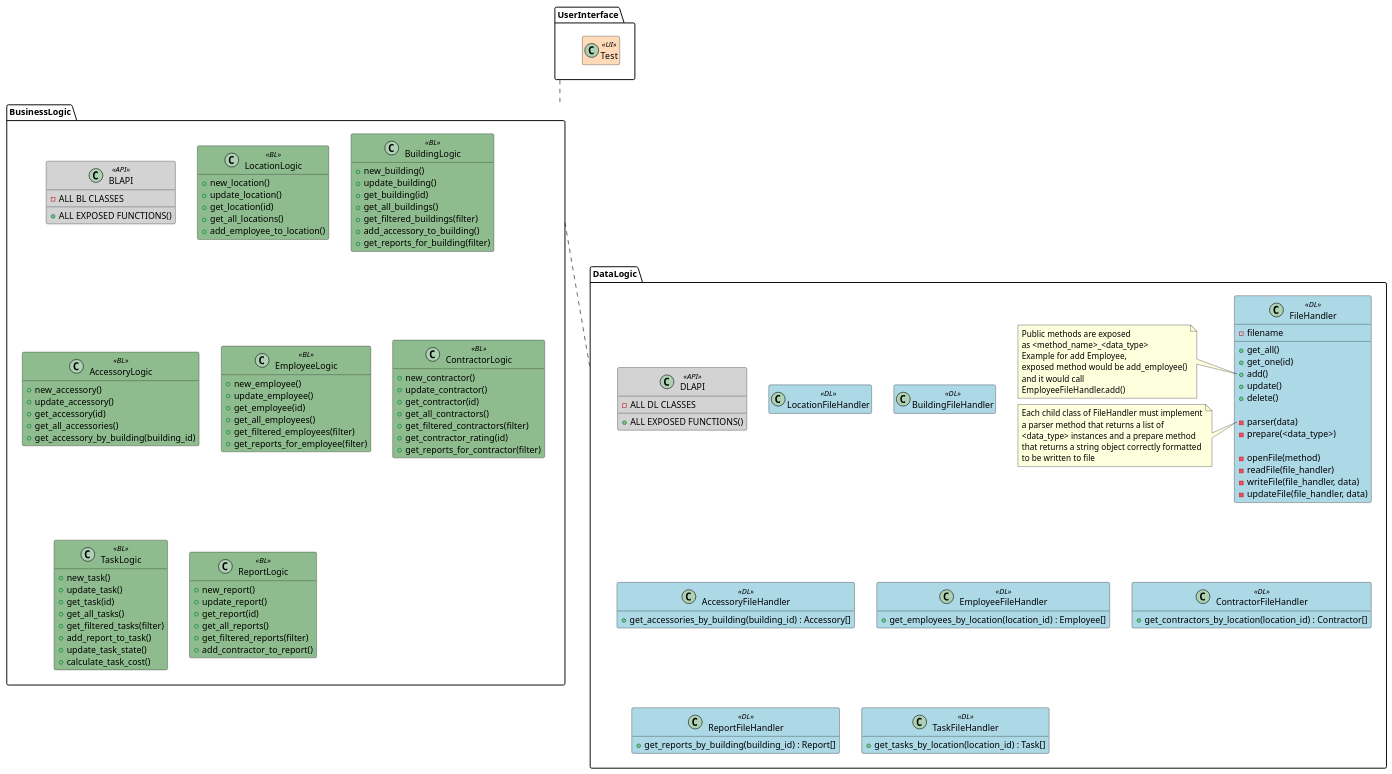
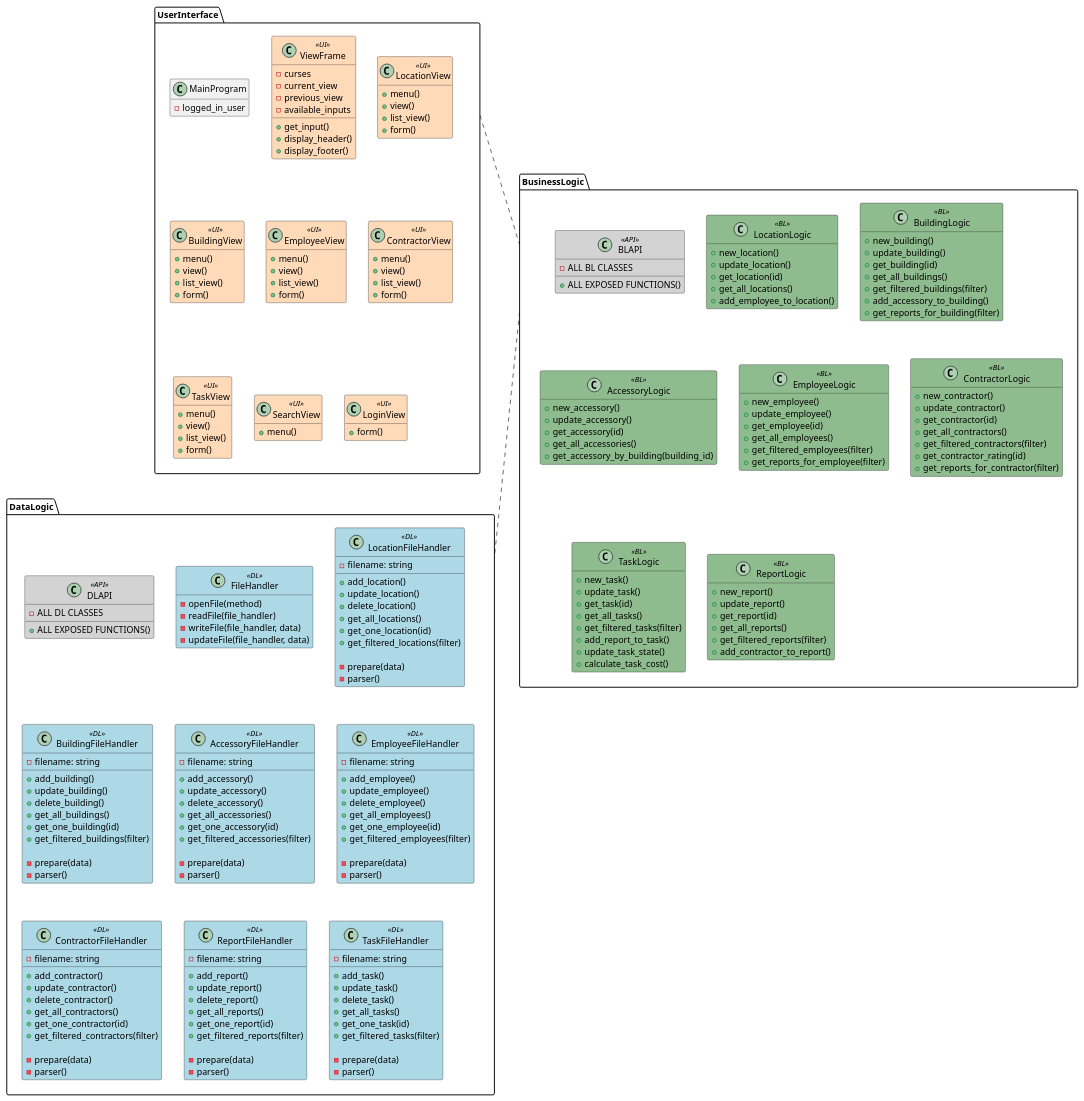
Before and after one commit to finnure/Verklegt1-H1-2021: the diagram in docs/uml/3-tier_class.puml, drawn with PlantUML.

Commit message:
Laga data classes og bæta við ui classes

```diff
--- a/docs/uml/3-tier_class.puml
+++ b/docs/uml/3-tier_class.puml
@@ -9,7 +9,55 @@
 }
 
 package UserInterface {
-  Class Test <<UI>>
+  Class MainProgram {
+    - logged_in_user
+  }
+  Class ViewFrame <<UI>> {
+    - curses
+    - current_view
+    - previous_view
+    - available_inputs
+
+    + get_input()
+    + display_header()
+    + display_footer()
+  }
+  Class LocationView <<UI>> {
+    + menu()
+    + view()
+    + list_view()
+    + form()
+  }
+  Class BuildingView <<UI>> {
+    + menu()
+    + view()
+    + list_view()
+    + form()
+  }
+  Class EmployeeView <<UI>> {
+    + menu()
+    + view()
+    + list_view()
+    + form()
+  }
+  Class ContractorView <<UI>> {
+    + menu()
+    + view()
+    + list_view()
+    + form()
+  }
+  Class TaskView <<UI>> {
+    + menu()
+    + view()
+    + list_view()
+    + form()
+  }
+  Class SearchView <<UI>> {
+    + menu()
+  }
+  Class LoginView <<UI>> {
+    + form()
+  }
 }
 UserInterface .. BusinessLogic
 BusinessLogic .. DataLogic
@@ -84,55 +132,101 @@
     + ALL EXPOSED FUNCTIONS()
   }
   class FileHandler <<DL>> {
-    - filename
-
-    + get_all()
-    + get_one(id)
-    + add()
-    + update()
-    + delete()
-
-    - parser(data)
-    - prepare(<data_type>)
-
     - openFile(method)
     - readFile(file_handler)
     - writeFile(file_handler, data)
     - updateFile(file_handler, data)
   }
-  note left of FileHandler::add
-    Public methods are exposed
-    as <method_name>_<data_type>
-    Example for add Employee,
-    exposed method would be add_employee()
-    and it would call
-    EmployeeFileHandler.add()
-  end note
-  note left of FileHandler::parser
-    Each child class of FileHandler must implement
-    a parser method that returns a list of
-    <data_type> instances and a prepare method
-    that returns a string object correctly formatted
-    to be written to file
-  end note
   Class LocationFileHandler <<DL>> {
+    - filename: string
+
+    + add_location()
+    + update_location()
+    + delete_location()
+    + get_all_locations()
+    + get_one_location(id)
+    + get_filtered_locations(filter)
+
+    - prepare(data)
+    - parser()
   }
   Class BuildingFileHandler <<DL>> {
+    - filename: string
+    
+    + add_building()
+    + update_building()
+    + delete_building()
+    + get_all_buildings()
+    + get_one_building(id)
+    + get_filtered_buildings(filter)
+
+    - prepare(data)
+    - parser()
   }
   Class AccessoryFileHandler <<DL>> {
-    + get_accessories_by_building(building_id) : Accessory[]
+    - filename: string
+    
+    + add_accessory()
+    + update_accessory()
+    + delete_accessory()
+    + get_all_accessories()
+    + get_one_accessory(id)
+    + get_filtered_accessories(filter)
+
+    - prepare(data)
+    - parser()
   }
   Class EmployeeFileHandler <<DL>> {
-    + get_employees_by_location(location_id) : Employee[]
+    - filename: string
+    
+    + add_employee()
+    + update_employee()
+    + delete_employee()
+    + get_all_employees()
+    + get_one_employee(id)
+    + get_filtered_employees(filter)
+
+    - prepare(data)
+    - parser()
   }
   Class ContractorFileHandler <<DL>> {
-    + get_contractors_by_location(location_id) : Contractor[]
+    - filename: string
+    
+    + add_contractor()
+    + update_contractor()
+    + delete_contractor()
+    + get_all_contractors()
+    + get_one_contractor(id)
+    + get_filtered_contractors(filter)
+
+    - prepare(data)
+    - parser()
   }
   Class ReportFileHandler <<DL>> {
-    + get_reports_by_building(building_id) : Report[]
+    - filename: string
+    
+    + add_report()
+    + update_report()
+    + delete_report()
+    + get_all_reports()
+    + get_one_report(id)
+    + get_filtered_reports(filter)
+
+    - prepare(data)
+    - parser()
   }
   Class TaskFileHandler <<DL>> {
-    + get_tasks_by_location(location_id) : Task[]
+    - filename: string
+    
+    + add_task()
+    + update_task()
+    + delete_task()
+    + get_all_tasks()
+    + get_one_task(id)
+    + get_filtered_tasks(filter)
+
+    - prepare(data)
+    - parser()
   }
 }
 
```
